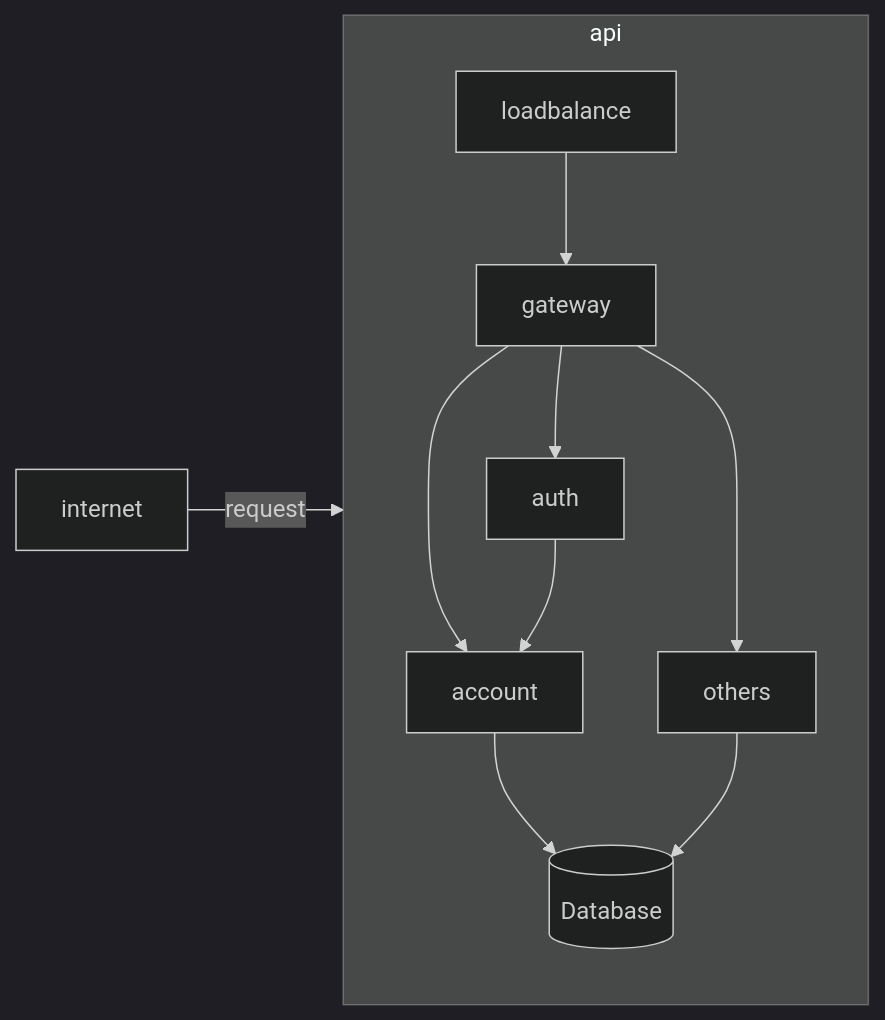
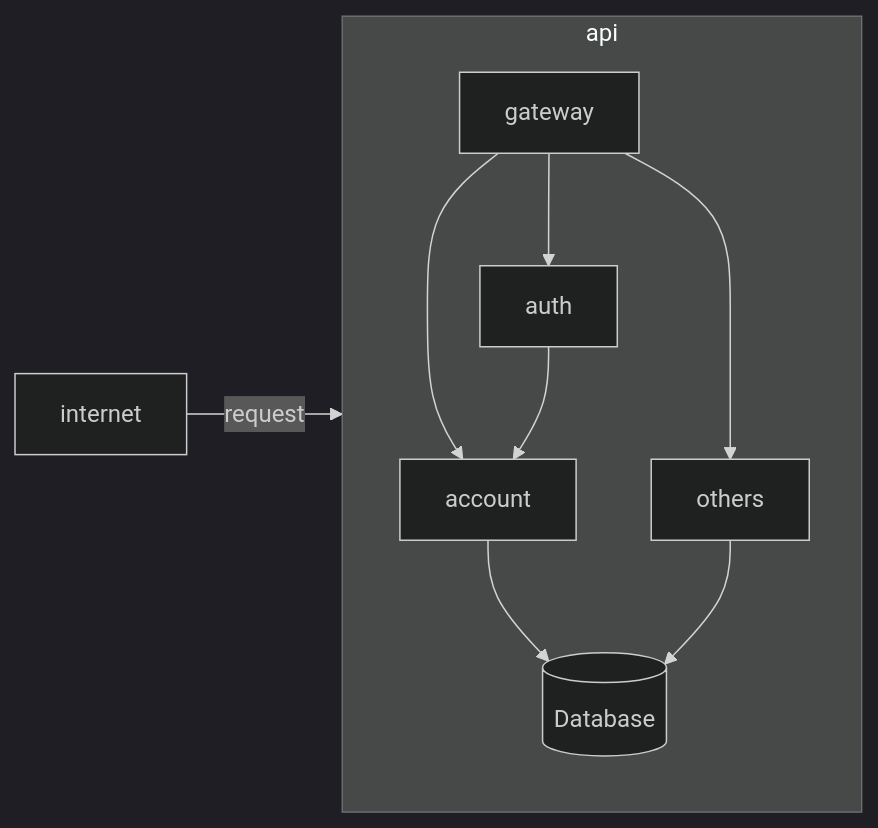
The diagram in docs/checkpoints/checkpoint2.md (laupontiroli/platform_api-serv), drawn with Mermaid (dark theme) before and after one commit. The commit also changed 8 other files, not shown here.

````diff
--- a/docs/checkpoints/checkpoint2.md
+++ b/docs/checkpoints/checkpoint2.md
@@ -4,14 +4,13 @@
 ``` mermaid
 flowchart LR
   subgraph api
     direction TB
-    loadbalance --> gateway
     gateway --> account
     gateway --> auth
     gateway --> others
     account --> db@{ shape: cyl, label: "Database" }
     others --> db
     auth --> account
   end
-  internet -->|request| loadbalance
+  internet -->|request| gateway
 ```
````
